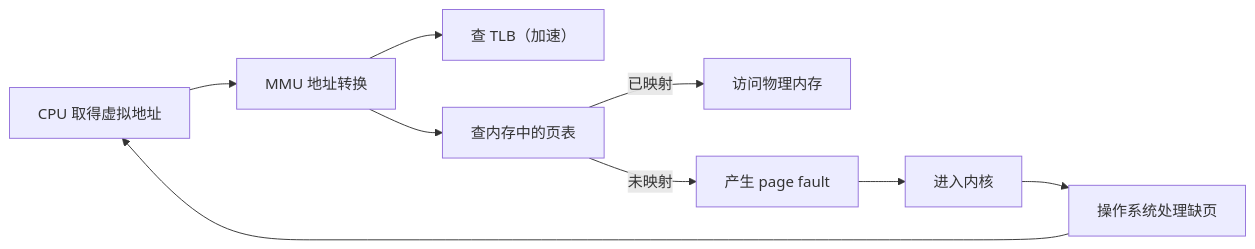
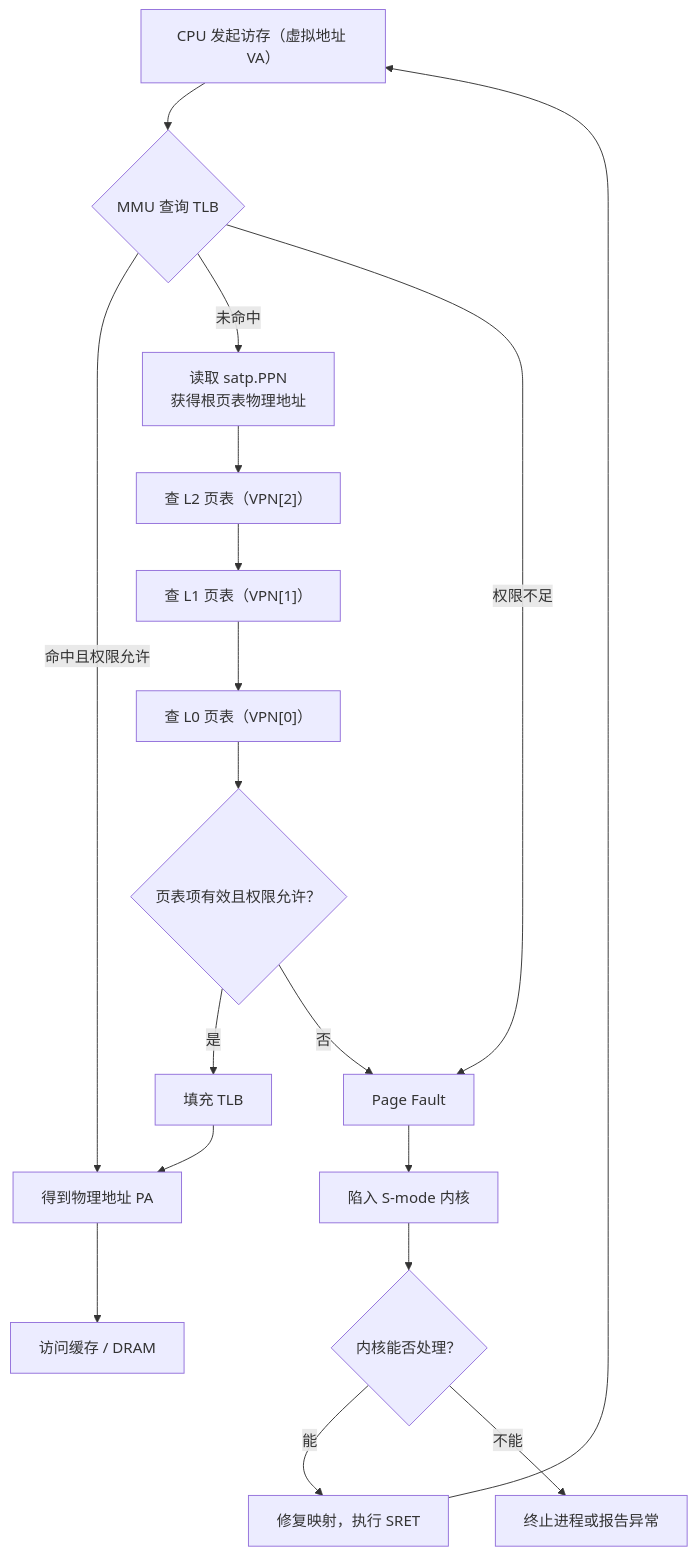
The diagram in operating-system/output/L01/chapters/01-course-perspective-and-typical-flows.md (MiniYuanBot/note-buddy), drawn with Mermaid before and after one commit. The commit also changed 10 other files, not shown here.

````diff
--- a/operating-system/output/L01/chapters/01-course-perspective-and-typical-flows.md
+++ b/operating-system/output/L01/chapters/01-course-perspective-and-typical-flows.md
@@ -66,11 +66,26 @@
 ```mermaid
-flowchart LR
-  CPU["CPU 取得虚拟地址"] --> MMU["MMU 地址转换"]
-  MMU --> TLB["查 TLB（加速）"]
-  MMU --> PT["查内存中的页表"]
-  PT -->|已映射| PM["访问物理内存"]
-  PT -->|未映射| PF["产生 page fault"]
-  PF --> K["进入内核"]
-  K --> OS["操作系统处理缺页"]
-  OS --> CPU
+flowchart TD
+    CPU["CPU 发起访存（虚拟地址 VA）"] --> TLB{"MMU 查询 TLB"}
+
+    TLB -->|命中且权限允许| PA["得到物理地址 PA"]
+    TLB -->|未命中| SATP["读取 satp.PPN<br/>获得根页表物理地址"]
+
+    SATP --> L2["查 L2 页表（VPN[2]）"]
+    L2 --> L1["查 L1 页表（VPN[1]）"]
+    L1 --> L0["查 L0 页表（VPN[0]）"]
+
+    L0 --> CHECK{"页表项有效且权限允许？"}
+    CHECK -->|是| FILL["填充 TLB"]
+    FILL --> PA
+
+    TLB -->|权限不足| PF["Page Fault"]
+    CHECK -->|否| PF
+
+    PA --> MEM["访问缓存 / DRAM"]
+
+    PF --> TRAP["陷入 S-mode 内核"]
+    TRAP --> OS{"内核能否处理？"}
+    OS -->|能| RET["修复映射，执行 SRET"]
+    RET --> CPU
+    OS -->|不能| ERR["终止进程或报告异常"]
 ```
````
